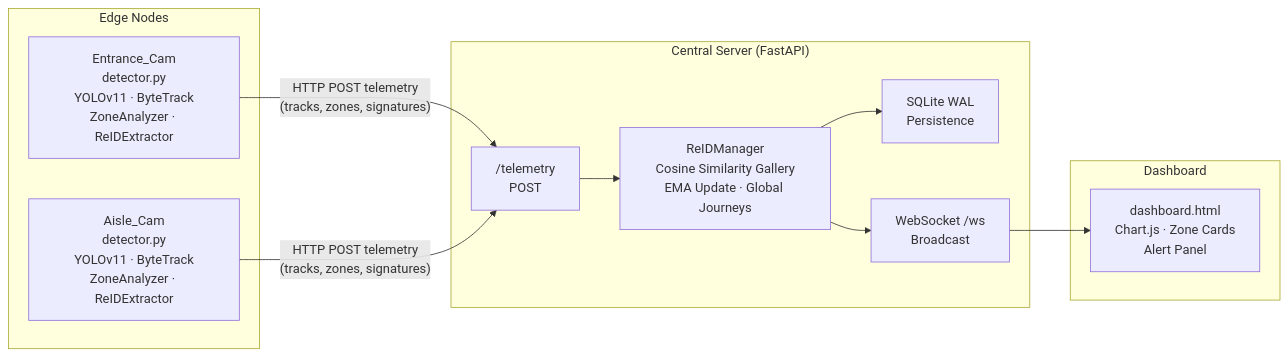
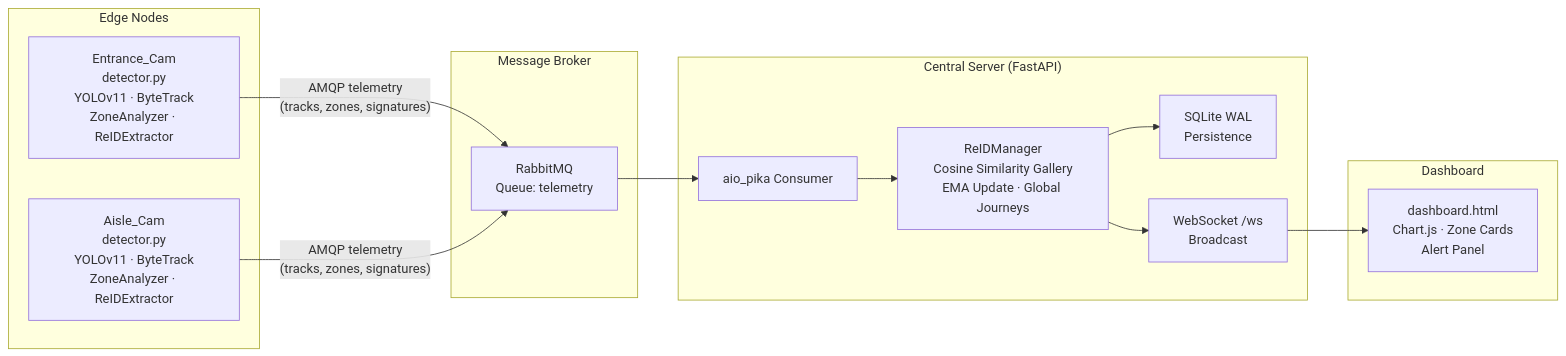
One commit to vikramT75/multi-cam-analysis changed the diagram in README.md. Above: the diagram before and after it, drawn with Mermaid. The commit also changed other lines of this file, not shown here.

````diff
--- a/README.md
+++ b/README.md
@@ -11,25 +11,30 @@
 ```mermaid
 flowchart LR
     subgraph Edge["Edge Nodes"]
         C1["Entrance_Cam\ndetector.py\nYOLOv11 · ByteTrack\nZoneAnalyzer · ReIDExtractor"]
         C2["Aisle_Cam\ndetector.py\nYOLOv11 · ByteTrack\nZoneAnalyzer · ReIDExtractor"]
     end
 
+    subgraph Broker["Message Broker"]
+        Q["RabbitMQ\nQueue: telemetry"]
+    end
+
     subgraph Server["Central Server (FastAPI)"]
-        T["/telemetry\nPOST"]
+        C["aio_pika Consumer"]
         RM["ReIDManager\nCosine Similarity Gallery\nEMA Update · Global Journeys"]
         DB["SQLite WAL\nPersistence"]
         WS["WebSocket /ws\nBroadcast"]
     end
 
     subgraph Frontend["Dashboard"]
         D["dashboard.html\nChart.js · Zone Cards\nAlert Panel"]
     end
 
-    C1 -- "HTTP POST telemetry\n(tracks, zones, signatures)" --> T
-    C2 -- "HTTP POST telemetry\n(tracks, zones, signatures)" --> T
-    T --> RM
+    C1 -- "AMQP telemetry\n(tracks, zones, signatures)" --> Q
+    C2 -- "AMQP telemetry\n(tracks, zones, signatures)" --> Q
+    Q --> C
+    C --> RM
     RM --> DB
     RM --> WS
     WS --> D
 ```
````
